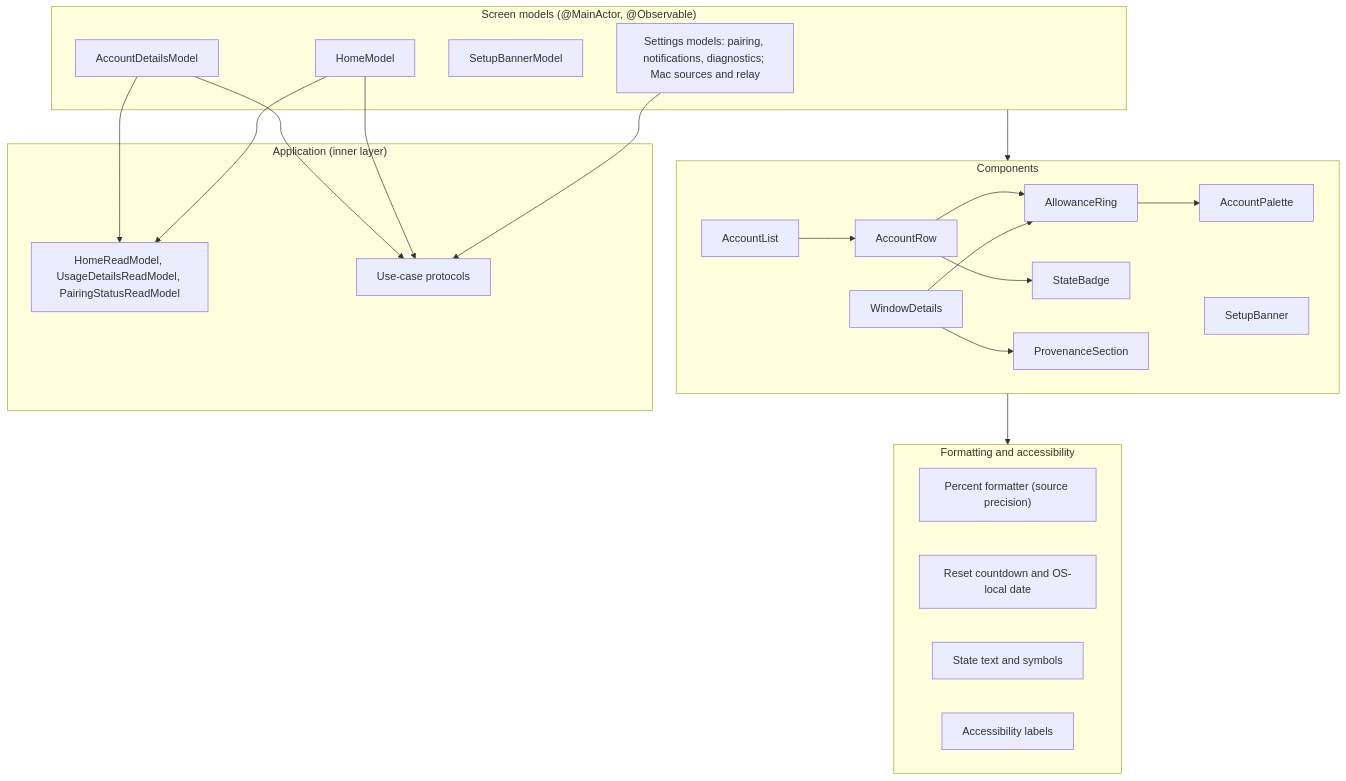
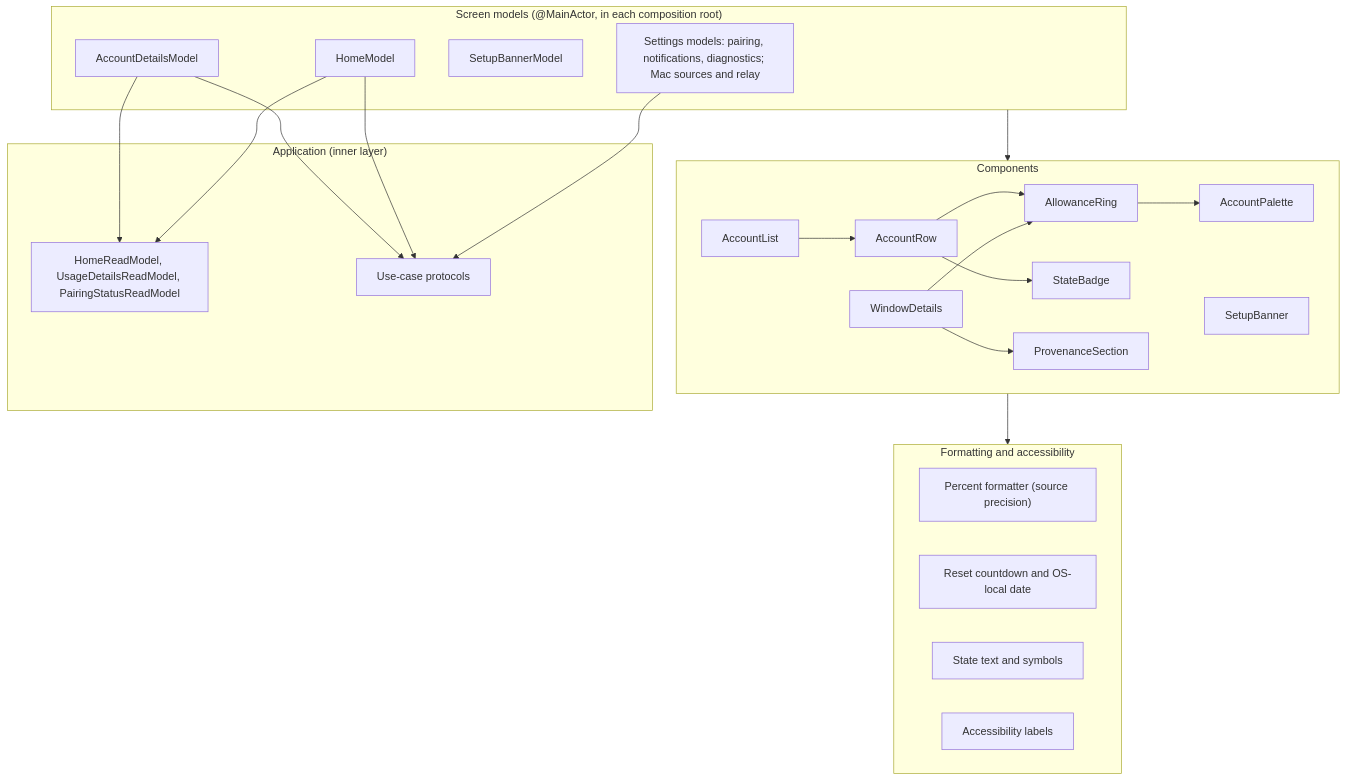
Before and after one commit to pastry-personal5/reset-radar: the diagram in docs/architecture/ui.md, drawn with Mermaid. The commit also changed other lines of this file and 4 other files, not shown here.

````diff
--- a/docs/architecture/ui.md
+++ b/docs/architecture/ui.md
@@ -25,42 +25,42 @@
 ```mermaid
 flowchart TB
-  subgraph Screens["Screen models (@MainActor, @Observable)"]
+  subgraph Screens["Screen models (@MainActor, in each composition root)"]
     HomeModel
     AccountDetailsModel
     SetupBannerModel
     SettingsModels["Settings models: pairing, notifications, diagnostics; Mac sources and relay"]
   end
   subgraph Components["Components"]
     AccountList
     AccountRow
     AccountPalette
     AllowanceRing
     WindowDetails
     StateBadge
     ProvenanceSection
     SetupBanner
   end
   subgraph Formatting["Formatting and accessibility"]
     PercentFormatter["Percent formatter (source precision)"]
     ResetFormatter["Reset countdown and OS-local date"]
     StateText["State text and symbols"]
     A11y["Accessibility labels"]
   end
   subgraph AppLayer["Application (inner layer)"]
     ReadModels["HomeReadModel, UsageDetailsReadModel, PairingStatusReadModel"]
     UseCaseProtocols["Use-case protocols"]
   end
   HomeModel --> ReadModels
   AccountDetailsModel --> ReadModels
   SettingsModels --> UseCaseProtocols
   HomeModel --> UseCaseProtocols
   AccountDetailsModel --> UseCaseProtocols
   AccountList --> AccountRow
   AccountRow --> AllowanceRing
   AllowanceRing --> AccountPalette
   AccountRow --> StateBadge
   WindowDetails --> AllowanceRing
   WindowDetails --> ProvenanceSection
   Components --> Formatting
   Screens --> Components
 ```
````
